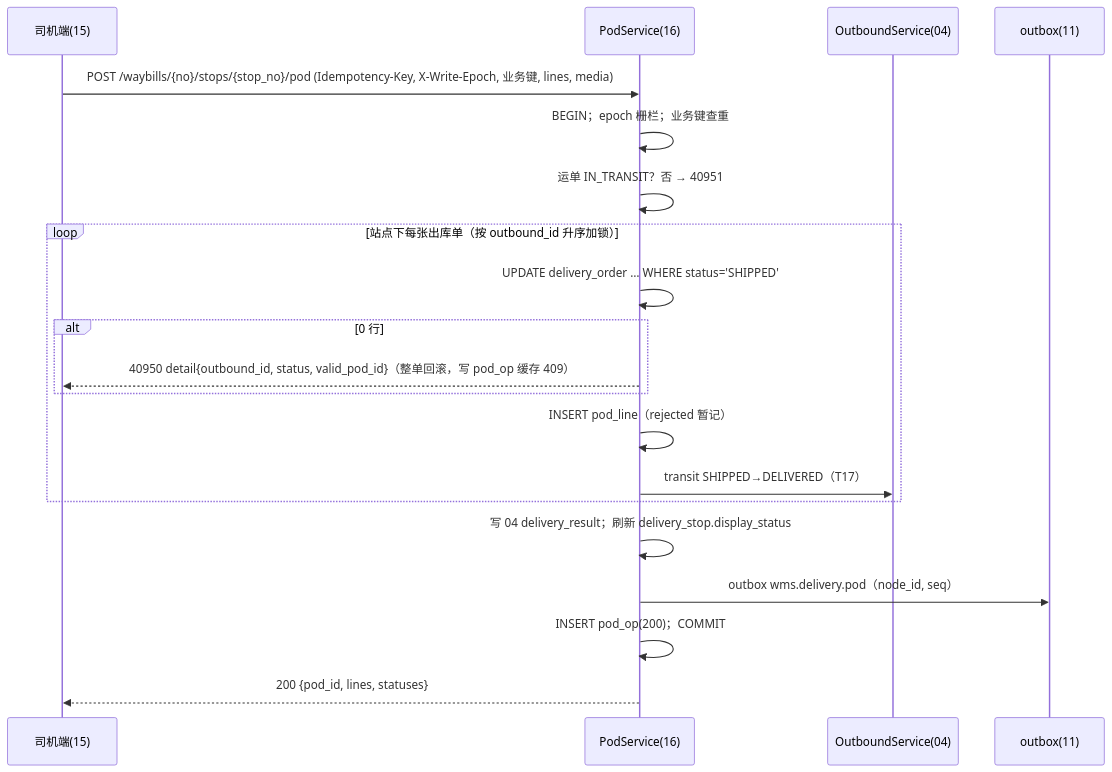
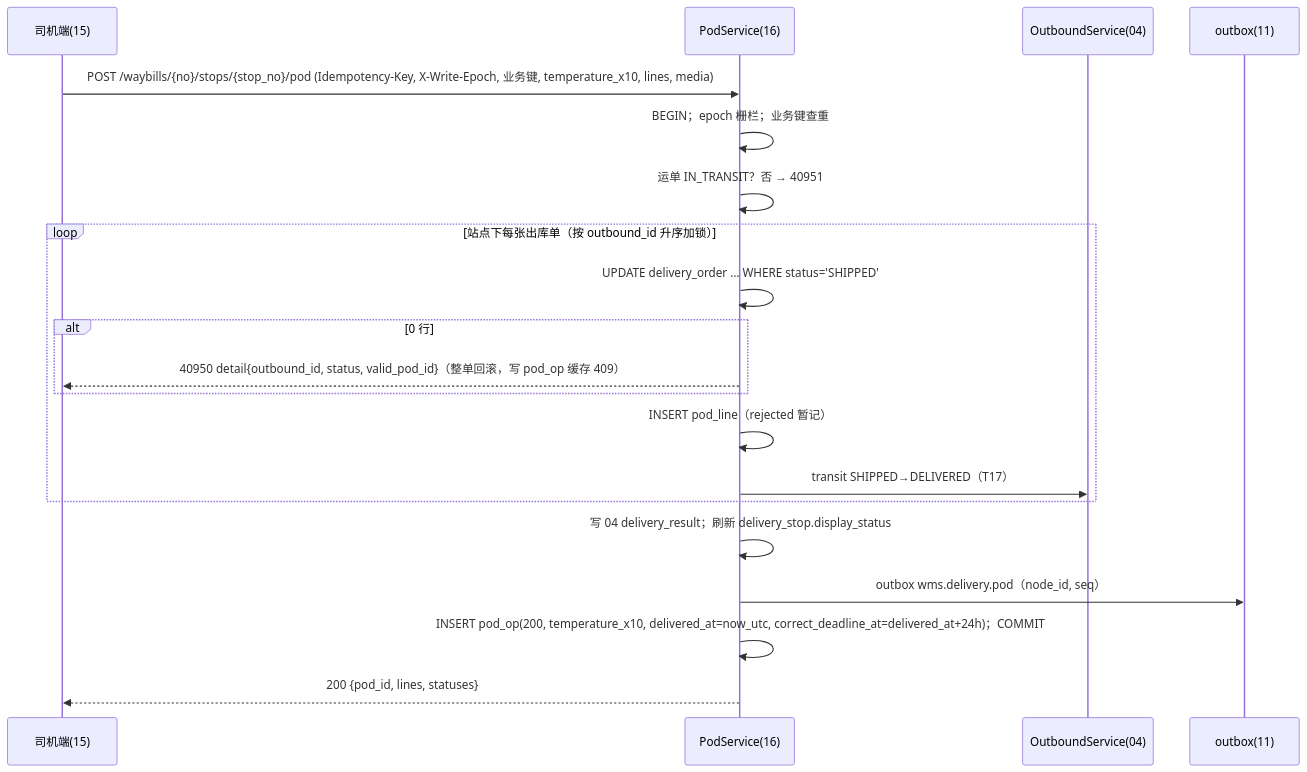
One commit to Akarin7784/fresh-wms changed the third of 5 diagrams in docs/16-配送与签收.md. Above: the diagram before and after it, drawn with Mermaid. The commit also changed other lines of this file and 4 other files, not shown here.

````diff
--- a/docs/16-配送与签收.md
+++ b/docs/16-配送与签收.md
@@ -209,22 +225,22 @@
 ```mermaid
 sequenceDiagram
   participant D as 司机端(15)
   participant S as PodService(16)
   participant O as OutboundService(04)
   participant X as outbox(11)
-  D->>S: POST /waybills/{no}/stops/{stop_no}/pod (Idempotency-Key, X-Write-Epoch, 业务键, lines, media)
+  D->>S: POST /waybills/{no}/stops/{stop_no}/pod (Idempotency-Key, X-Write-Epoch, 业务键, temperature_x10, lines, media)
   S->>S: BEGIN；epoch 栅栏；业务键查重
   S->>S: 运单 IN_TRANSIT？否 → 40951
   loop 站点下每张出库单（按 outbound_id 升序加锁）
     S->>S: UPDATE delivery_order … WHERE status='SHIPPED'
     alt 0 行
       S-->>D: 40950 detail{outbound_id, status, valid_pod_id}（整单回滚，写 pod_op 缓存 409）
     end
     S->>S: INSERT pod_line（rejected 暂记）
     S->>O: transit SHIPPED→DELIVERED（T17）
   end
   S->>S: 写 04 delivery_result；刷新 delivery_stop.display_status
   S->>X: outbox wms.delivery.pod（node_id, seq）
-  S->>S: INSERT pod_op(200)；COMMIT
+  S->>S: INSERT pod_op(200, temperature_x10, delivered_at=now_utc, correct_deadline_at=delivered_at+24h)；COMMIT
   S-->>D: 200 {pod_id, lines, statuses}
 ```
````
